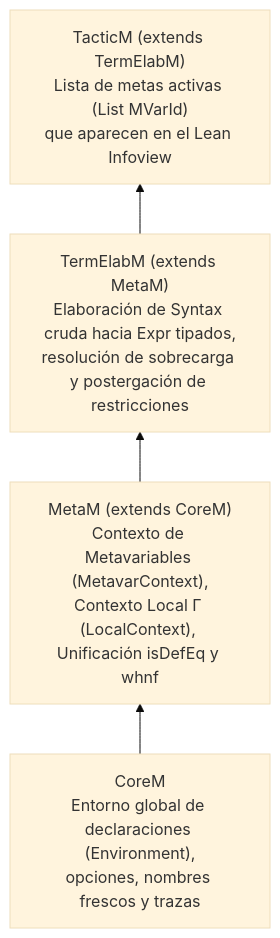
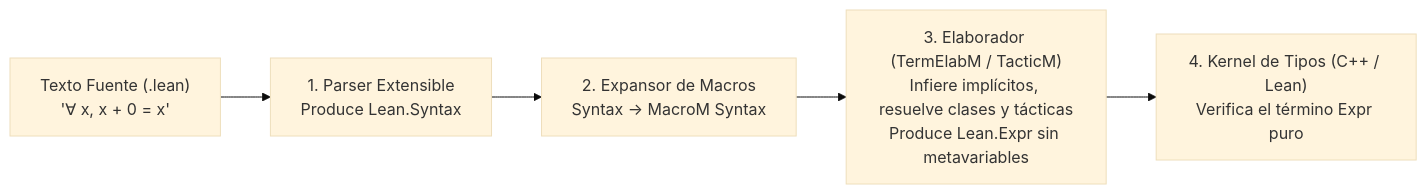
The diagram in docs/12_metaprogramacion_y_kernel.md (LegalIntermediaSL/Lean), drawn with Mermaid (base theme) before and after one commit. The commit also changed other lines of this file and 11 other files, not shown here.

````diff
--- a/docs/12_metaprogramacion_y_kernel.md
+++ b/docs/12_metaprogramacion_y_kernel.md
@@ -45,11 +19,7 @@
 ```mermaid
-flowchart BT
-    CoreM["CoreM<br/>Entorno global de declaraciones (Environment),<br/>opciones, nombres frescos y trazas"]
-    MetaM["MetaM (extends CoreM)<br/>Contexto de Metavariables (MetavarContext),<br/>Contexto Local Γ (LocalContext), Unificación isDefEq y whnf"]
-    TermElabM["TermElabM (extends MetaM)<br/>Elaboración de Syntax cruda hacia Expr tipados,<br/>resolución de sobrecarga y postergación de restricciones"]
-    TacticM["TacticM (extends TermElabM)<br/>Lista de metas activas (List MVarId)<br/>que aparecen en el Lean Infoview"]
-
-    CoreM --> MetaM
-    MetaM --> TermElabM
-    TermElabM --> TacticM
+flowchart LR
+    Src["Texto Fuente (.lean)<br/>'∀ x, x + 0 = x'"] --> Parser["1. Parser Extensible<br/>Produce Lean.Syntax"]
+    Parser --> Macro["2. Expansor de Macros<br/>Syntax → MacroM Syntax"]
+    Macro --> Elab["3. Elaborador (TermElabM / TacticM)<br/>Infiere implícitos, resuelve clases y tácticas<br/>Produce Lean.Expr sin metavariables"]
+    Elab --> Kernel["4. Kernel de Tipos (C++ / Lean)<br/>Verifica el término Expr puro"]
 ```
````
